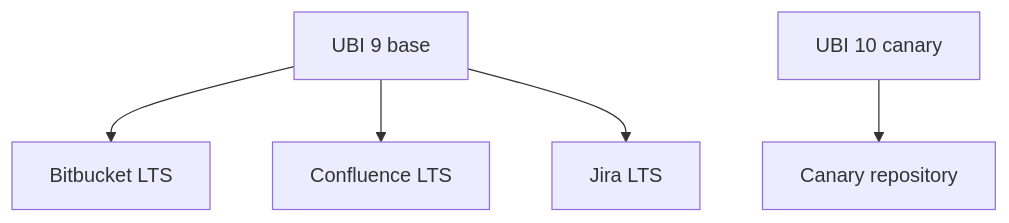
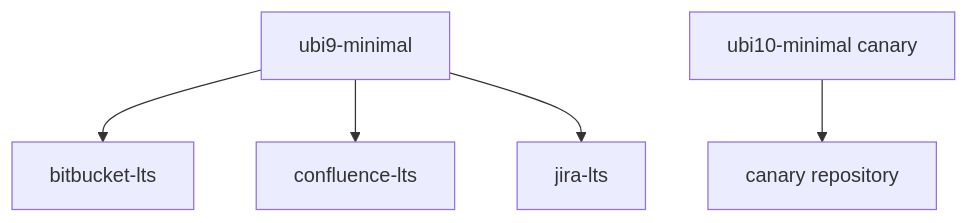
The third of 3 diagrams in docs/architecture.md (shamuraix/image-hardening-factory-starter), drawn with Mermaid before and after one commit. The commit also changed other lines of this file and 146 other files, not shown here.

````diff
--- a/docs/architecture.md
+++ b/docs/architecture.md
@@ -28,7 +130,7 @@
 ```mermaid
 flowchart TD
-    U9[UBI 9 base] --> B[Bitbucket LTS]
-    U9 --> C[Confluence LTS]
-    U9 --> J[Jira LTS]
-    U10[UBI 10 canary] --> Canary[Canary repository]
+    U9[ubi9-minimal] --> B[bitbucket-lts]
+    U9 --> C[confluence-lts]
+    U9 --> J[jira-lts]
+    U10[ubi10-minimal canary] --> Canary[canary repository]
 ```
````
